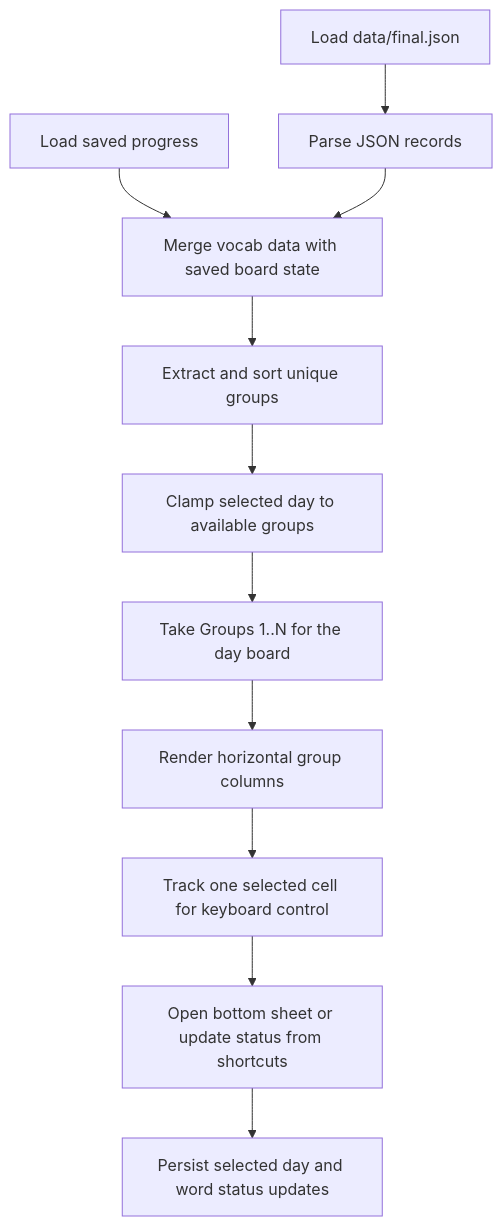
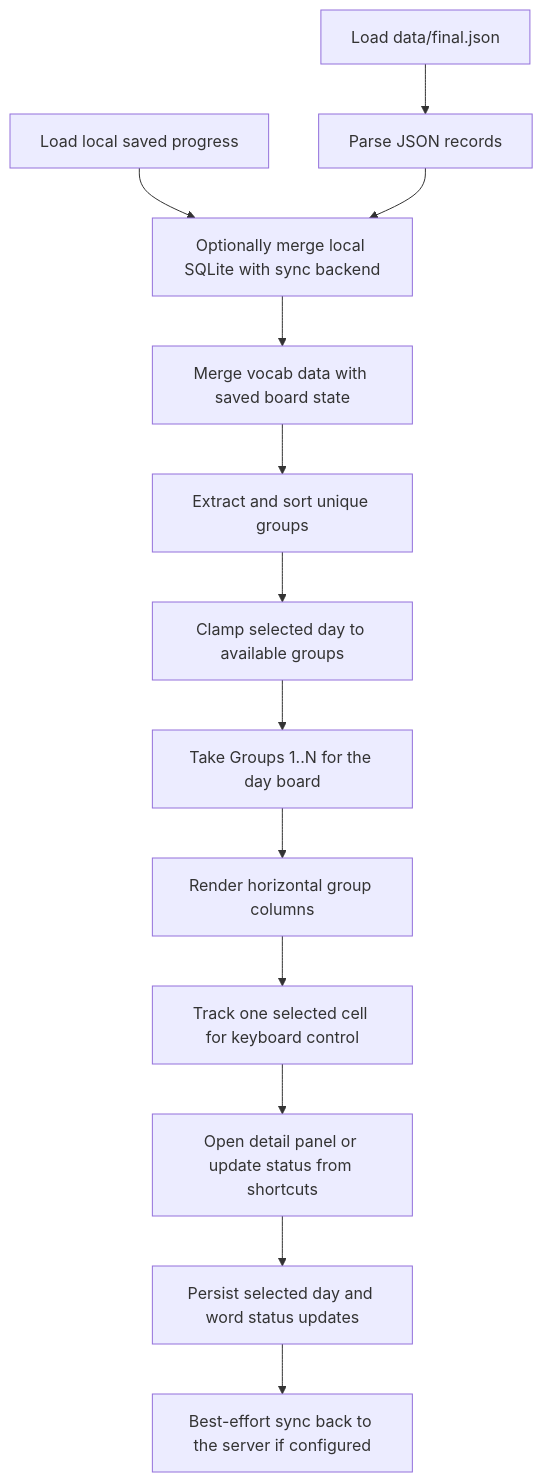
The diagram in docs/4-algorithms/README.md (desertSniper87/vocab-hill), drawn with Mermaid before and after one commit. The commit also changed other lines of this file and 16 other files, not shown here.

````diff
--- a/docs/4-algorithms/README.md
+++ b/docs/4-algorithms/README.md
@@ -7,13 +7,15 @@
 ```mermaid
 flowchart TD
     A["Load data/final.json"] --> B["Parse JSON records"]
-    P["Load saved progress"] --> C["Merge vocab data with saved board state"]
+    P["Load local saved progress"] --> C["Optionally merge local SQLite with sync backend"]
+    C --> D["Merge vocab data with saved board state"]
     B --> C
-    C --> D["Extract and sort unique groups"]
-    D --> E["Clamp selected day to available groups"]
-    E --> F["Take Groups 1..N for the day board"]
-    F --> G["Render horizontal group columns"]
-    G --> H["Track one selected cell for keyboard control"]
-    H --> I["Open bottom sheet or update status from shortcuts"]
-    I --> J["Persist selected day and word status updates"]
+    D --> E["Extract and sort unique groups"]
+    E --> F["Clamp selected day to available groups"]
+    F --> G["Take Groups 1..N for the day board"]
+    G --> H["Render horizontal group columns"]
+    H --> I["Track one selected cell for keyboard control"]
+    I --> J["Open detail panel or update status from shortcuts"]
+    J --> K["Persist selected day and word status updates"]
+    K --> L["Best-effort sync back to the server if configured"]
 ```
````
